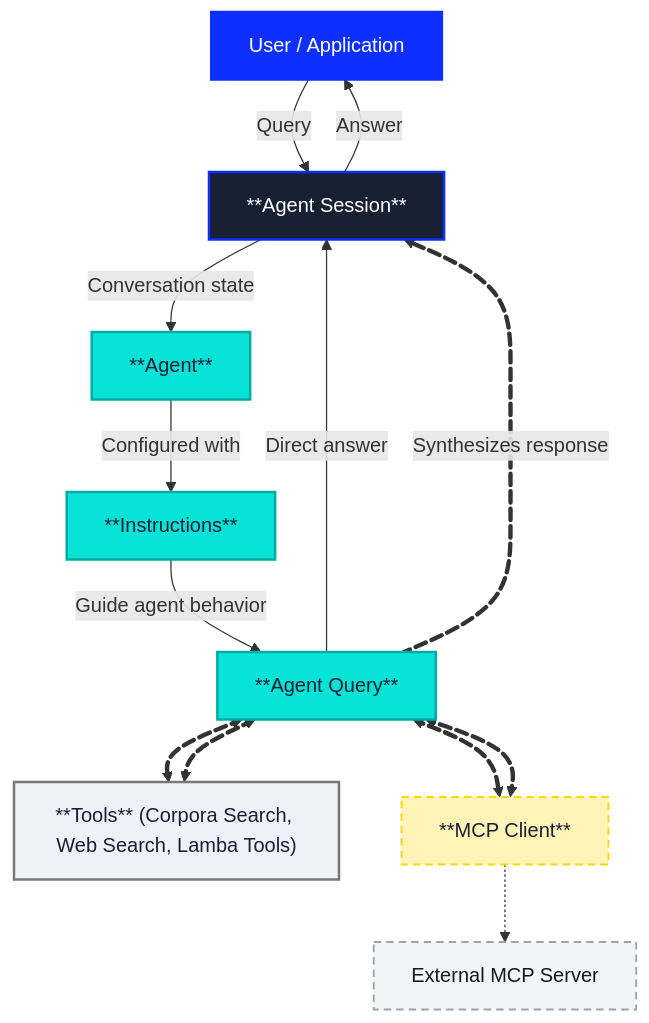
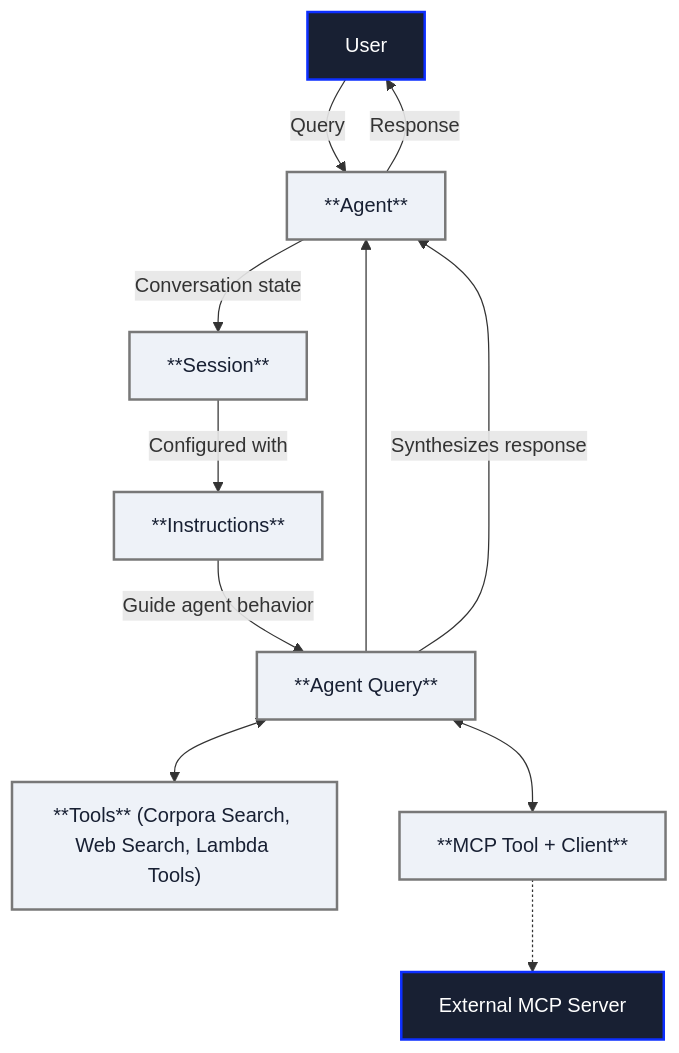
One commit to vectara/vectara-docs changed the diagram in www/docs/agents/agent-platform-overview.md. Above: the diagram before and after it, drawn with Mermaid. The commit also changed other lines of this file, not shown here.

````diff
--- a/www/docs/agents/agent-platform-overview.md
+++ b/www/docs/agents/agent-platform-overview.md
@@ -19,60 +34,52 @@
 ```mermaid
 flowchart TD
     %% Nodes
-    User["User / Application"]
-    Session["**Agent Session**"]
-    Agent["**Agent**"]
+    User["User"]
+    Session["**Agent**"]
+    Agent["**Session**"]
     Inst["**Instructions**"]
     Query["**Agent Query**"]
 
     %% Tools layer
-    AvailableTools["**Tools** (Corpora Search, Web Search, Lamba Tools)"]
+    AvailableTools["**Tools** (Corpora Search, Web Search, Lambda Tools)"]
 
     %% MCP
-    MCP["**MCP Client**"]
+    MCP["**MCP Tool + Client**"]
     ExtMCP["External MCP Server"]
 
     %% Core flow
     User -->|Query| Session
     Session -->|Conversation state| Agent
     Agent --> |Configured with| Inst
     Inst --> |Guide agent behavior| Query
-    Query -->|Direct answer| Session
+    Query --> Session
 
     %% Tool execution paths
-    Query e4@<==> AvailableTools
-    AvailableTools e5@<==> Query
+    Query <--> AvailableTools
 
     %% Optional MCP path (de-emphasized)
-    Query e2@<==> MCP
-    MCP e6@<==> Query
+    Query <--> MCP
     MCP -.-> ExtMCP
 
     %% Return to user
-    Query e1@==>|Synthesizes response| Session
-    Session -->|Answer| User
+    Query -->|Synthesizes response| Session
+    Session -->|Response| User
 
     %% Classes for color grouping
-    classDef userEntry fill:#0D2FFF,color:#fff,stroke:#0D2FFF,stroke-width:2px;
-    classDef session fill:#182033,color:#fff,stroke:#0D2FFF,stroke-width:2px;
-    classDef agentic fill:#07E3D7,color:#182033,stroke:#00ABA0,stroke-width:2px;
+    classDef userEntry fill:#182033,color:#fff,stroke:#0D2FFF,stroke-width:2px;
+    classDef session fill:#EEF2F8,color:#182033,stroke:#787878,stroke-width:2px;
+    classDef agentic fill:#EEF2F8,color:#182033,stroke:#787878,stroke-width:2px;
     classDef toolLayer fill:#EEF2F8,color:#182033,stroke:#787878,stroke-width:2px;
     classDef corpus fill:#E9368E,color:#fff,stroke:#E9368E,stroke-width:2px;
-    classDef external fill:#F3F4F6,color:#111827,stroke:#9CA3AF,stroke-width:1.5px,stroke-dasharray: 6 4;
-    classDef mcpTP fill:#FFF4B8,color:#182033,stroke:#FFD700,stroke-width:1.5px,stroke-dasharray: 6 4;
+    classDef external fill:#182033,color:#fff,stroke:#0D2FFF,stroke-width:2px;
+    classDef mcpTP fill:#EEF2F8,color:#182033,stroke:#787878,stroke-width:2px;
 
     %% Assign classes
     class User userEntry;
     class Session session;
     class Agent,Inst,Query agentic;
     class AvailableTools toolLayer;
     class ExtMCP external;
     class MCP mcpTP;
 
-    %% Animations
-    e1@{ animation: slow }
-    e2@{ animation: slow }
-    e4@{ animation: slow }
-    e5@{ animation: slow }
-    e6@{ animation: slow }
 ```
````
